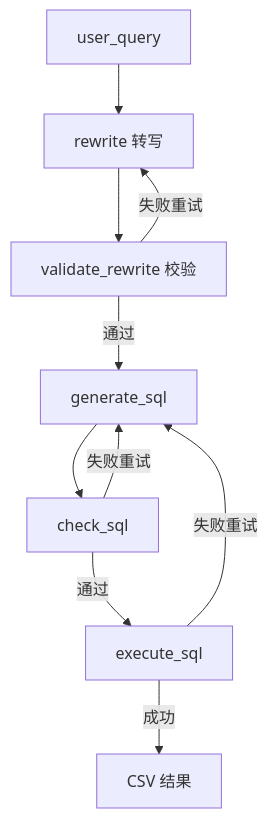
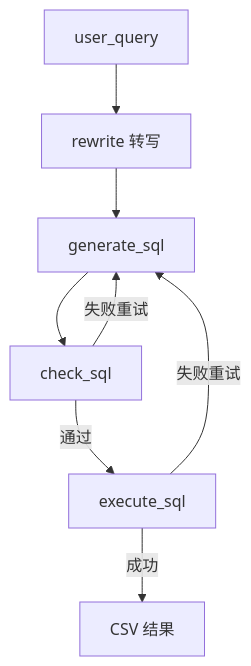
The diagram in agents/sql_agent/readme.md (ycc250303/Agentic-BI-Driven-Multi-Table-E-Commerce-Operations-Analysis-and-Decision-Intelligence-System), drawn with Mermaid before and after one commit. The commit also changed other lines of this file and 13 other files, not shown here.

````diff
--- a/agents/sql_agent/readme.md
+++ b/agents/sql_agent/readme.md
@@ -28,12 +28,10 @@
 ```mermaid
 flowchart TD
   A["user_query"] --> B["rewrite 转写"]
-  B --> C["validate_rewrite 校验"]
-  C -->|失败重试| B
-  C -->|通过| D["generate_sql"]
+  B --> D["generate_sql"]
   D --> E["check_sql"]
   E -->|失败重试| D
   E -->|通过| F["execute_sql"]
   F -->|失败重试| D
   F -->|成功| G["CSV 结果"]
 ```
````
